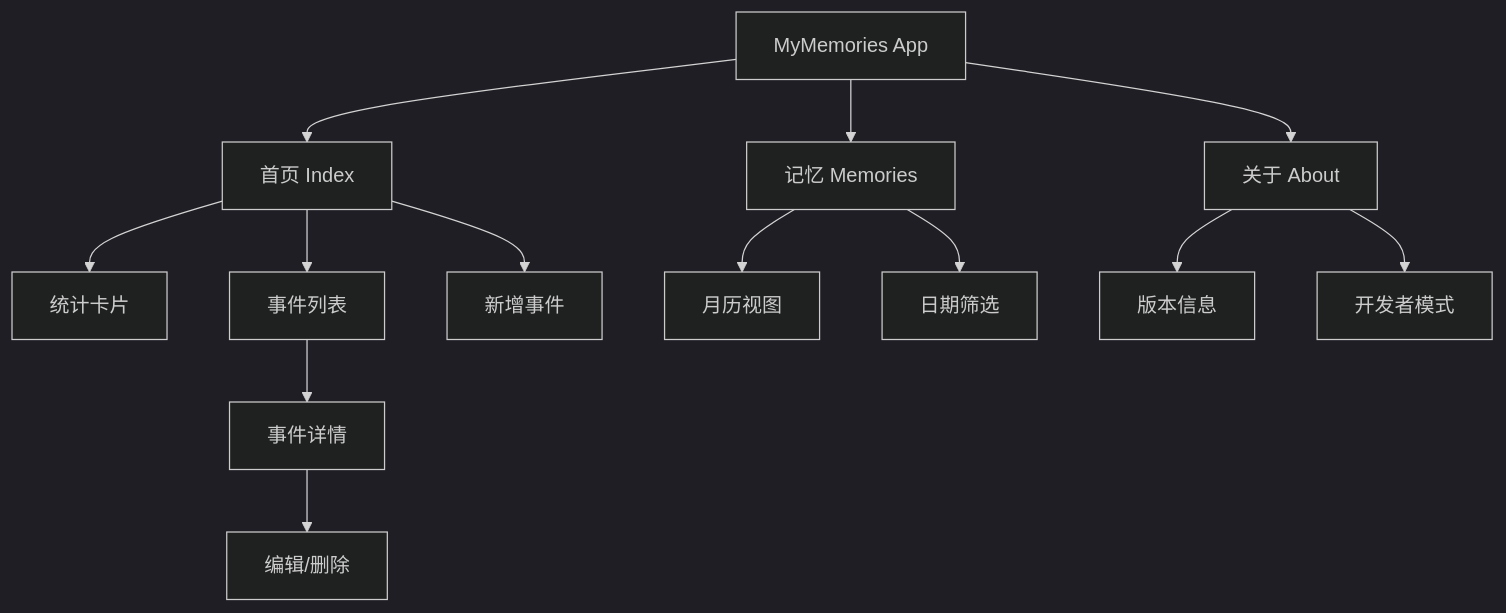
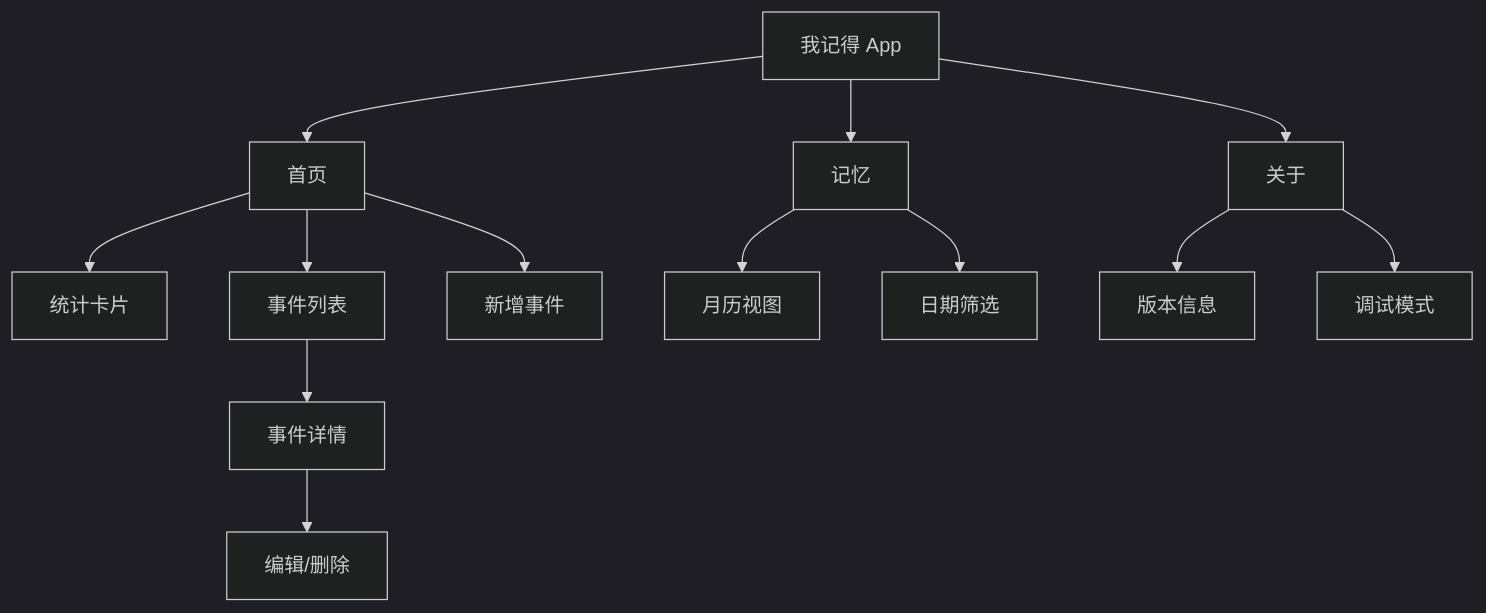
The diagram in README.md (hiyuey3/Hixy_MyMemories), drawn with Mermaid (dark theme) before and after one commit. The commit also changed other lines of this file, not shown here.

Commit message:
Update README for clarity and language consistency

````diff
--- a/README.md
+++ b/README.md
@@ -40,15 +40,15 @@
 ```mermaid
 graph TD
-    A[MyMemories App] --> B[首页 Index]
-    A --> C[记忆 Memories]
-    A --> D[关于 About]
+    A[我记得 App] --> B[首页]
+    A --> C[记忆]
+    A --> D[关于]
     B --> B1[统计卡片]
     B --> B2[事件列表]
     B --> B3[新增事件]
     B2 --> E[事件详情]
     E --> F[编辑/删除]
     C --> C1[月历视图]
     C --> C2[日期筛选]
     D --> D1[版本信息]
-    D --> D2[开发者模式]
+    D --> D2[调试模式]
 ```
````
